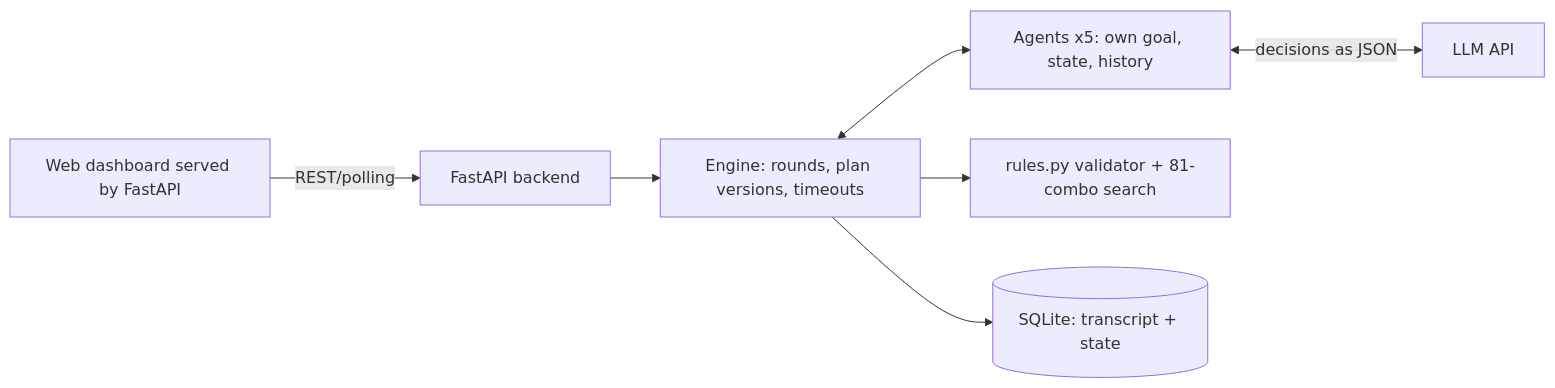
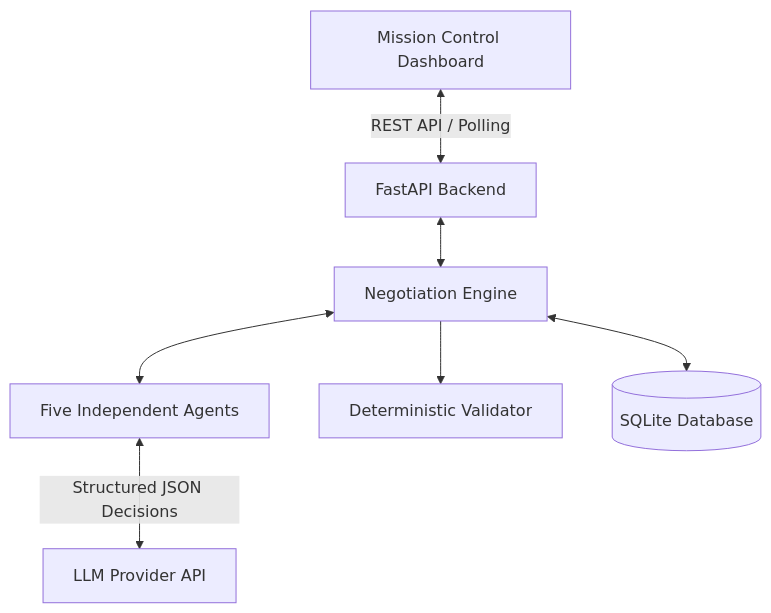
The diagram in README.md (MuhammadAhmedSubhani/Loopverse-AI_ML_Virtual_Module), drawn with Mermaid before and after one commit. The commit also changed other lines of this file, not shown here.

````diff
--- a/README.md
+++ b/README.md
@@ -18,9 +84,17 @@
 ```mermaid
-flowchart LR
-  UI[Web dashboard served by FastAPI] -- REST/polling --> API[FastAPI backend]
-  API --> ENG[Engine: rounds, plan versions, timeouts]
-  ENG <--> AGT[Agents x5: own goal, state, history]
-  ENG --> VAL[rules.py validator + 81-combo search]
-  ENG --> DB[(SQLite: transcript + state)]
-  AGT <-- decisions as JSON --> LLM[LLM API]
+flowchart TD
+    UI["Mission Control Dashboard"]
+    API["FastAPI Backend"]
+    ENG["Negotiation Engine"]
+    AGT["Five Independent Agents"]
+    VAL["Deterministic Validator"]
+    DB[("SQLite Database")]
+    LLM["LLM Provider API"]
+
+    UI <-->|"REST API / Polling"| API
+    API <--> ENG
+    ENG <--> AGT
+    ENG --> VAL
+    ENG <--> DB
+    AGT <-->|"Structured JSON Decisions"| LLM
 ```
````
